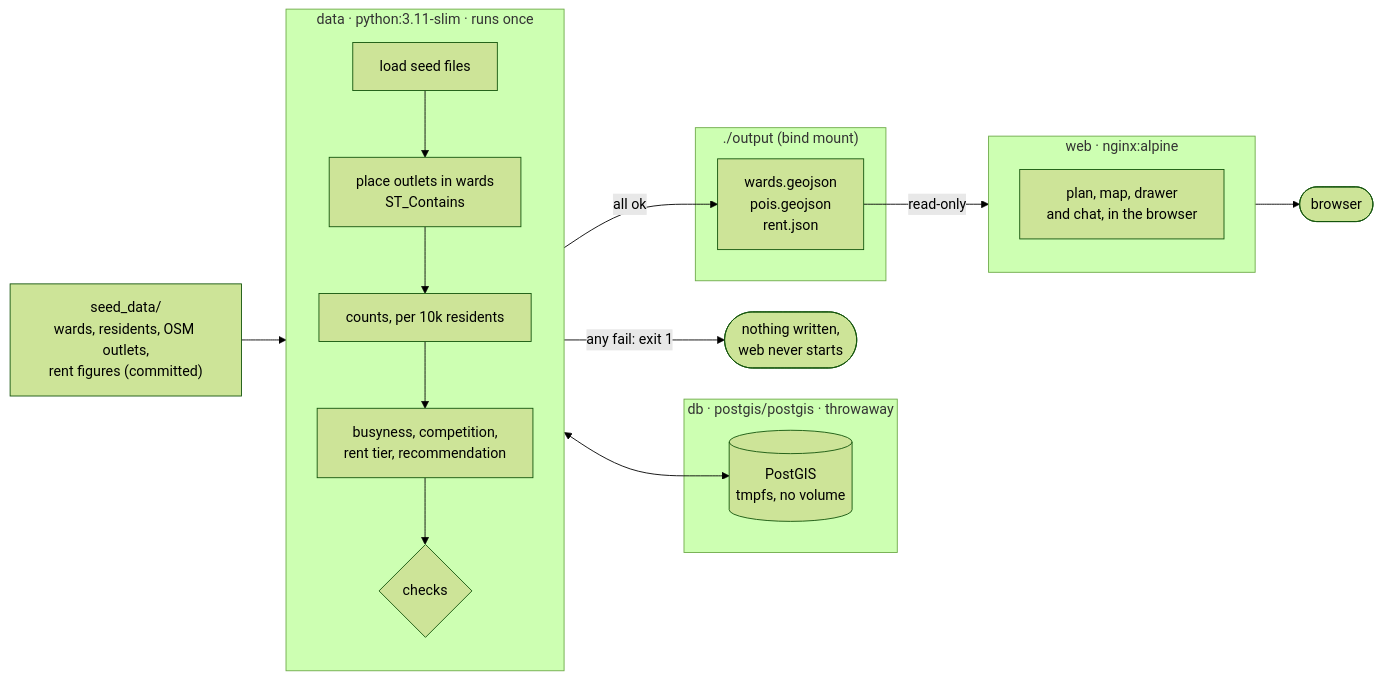
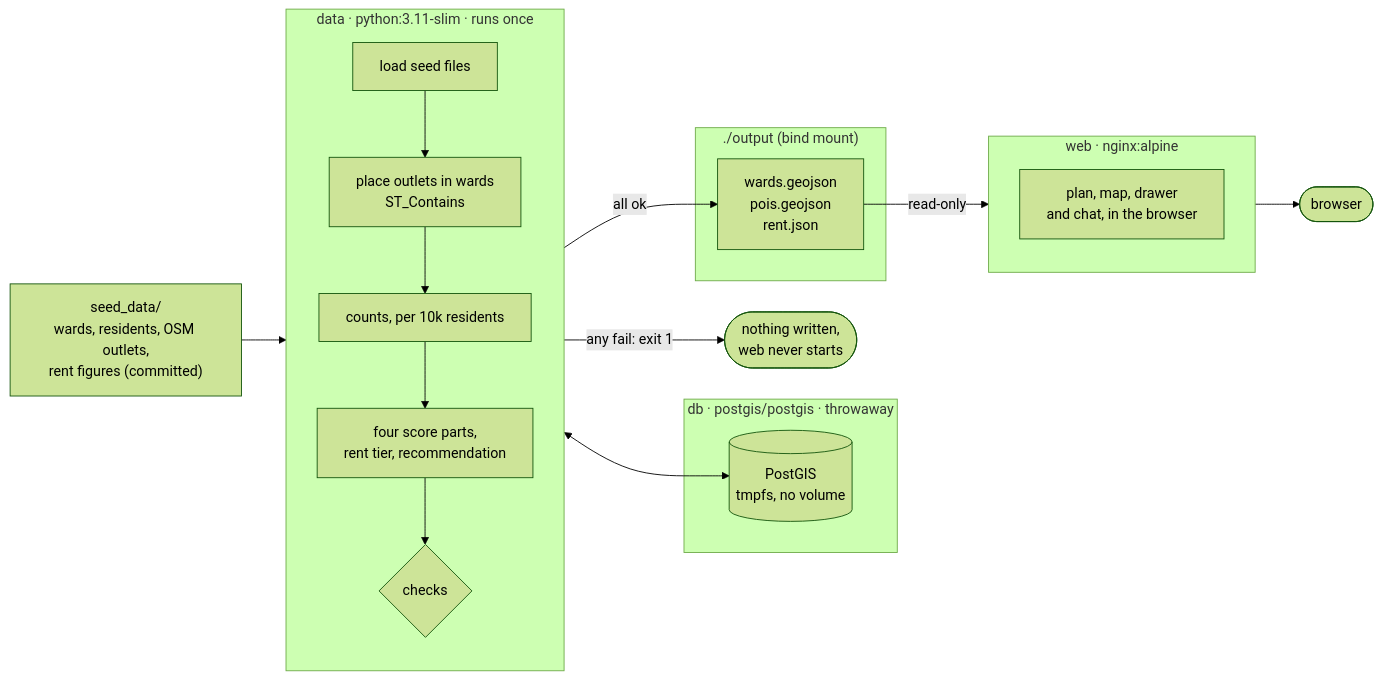
One commit to 33avash/Localio changed the diagram in docs/ARCHITECTURE.md. Above: the diagram before and after it, drawn with Mermaid (forest theme). The commit also changed other lines of this file and 4 other files, not shown here.

Commit message:
Document the four-part score

````diff
--- a/docs/ARCHITECTURE.md
+++ b/docs/ARCHITECTURE.md
@@ -5,31 +5,31 @@
 ```mermaid
 flowchart LR
     seed["seed_data/<br/>wards, residents, OSM outlets,<br/>rent figures (committed)"]
 
     subgraph db["db · postgis/postgis · throwaway"]
         pg[("PostGIS<br/>tmpfs, no volume")]
     end
 
     subgraph data["data · python:3.11-slim · runs once"]
         direction TB
         load["load seed files"] --> join["place outlets in wards<br/>ST_Contains"]
         join --> count["counts, per 10k residents"]
-        count --> score["busyness, competition,<br/>rent tier, recommendation"]
+        count --> score["four score parts,<br/>rent tier, recommendation"]
         score --> check{"checks"}
     end
 
     subgraph out["./output (bind mount)"]
         files["wards.geojson<br/>pois.geojson<br/>rent.json"]
     end
 
     subgraph web["web · nginx:alpine"]
         site["plan, map, drawer<br/>and chat, in the browser"]
     end
 
     seed --> load
     load <--> pg
     check -- "all ok" --> files
     check -- "any fail: exit 1" --> stop(["nothing written,<br/>web never starts"])
     files -- "read-only" --> web
     web --> browser(["browser"])
 ```
````
